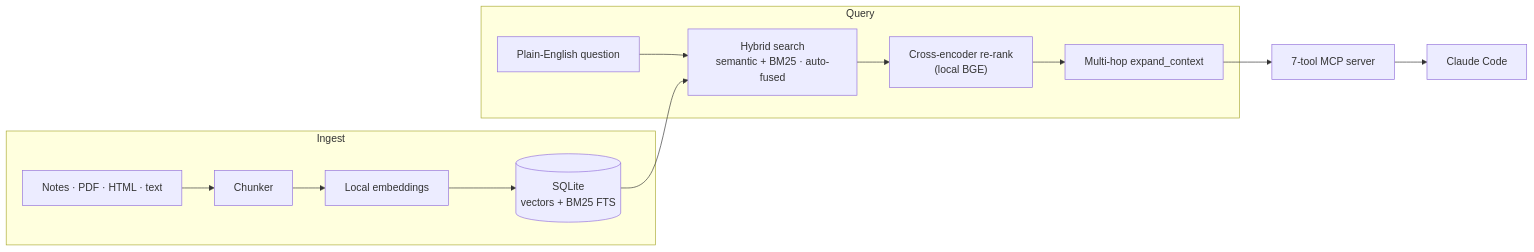
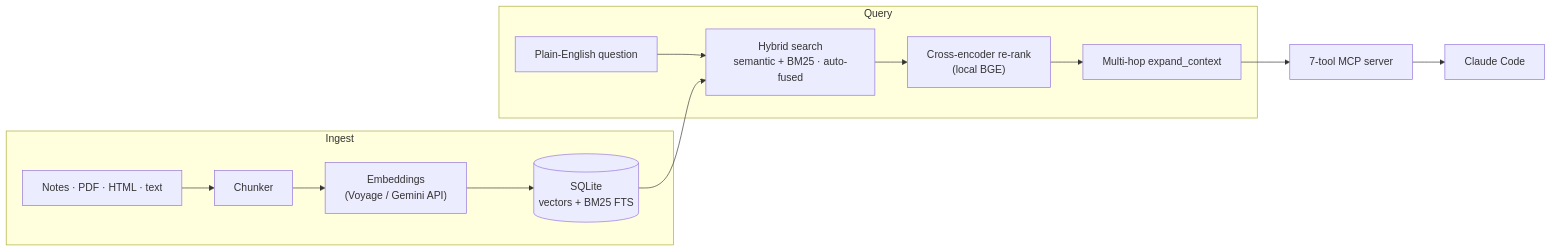
Before and after one commit to monahand1023/corpus: the diagram in README.md, drawn with Mermaid. The commit also changed other lines of this file, not shown here.

````diff
--- a/README.md
+++ b/README.md
@@ -11,16 +11,16 @@
 ```mermaid
 flowchart LR
     subgraph Ingest
       Src["Notes · PDF · HTML · text"] --> Ch["Chunker"]
-      Ch --> Emb["Local embeddings"]
+      Ch --> Emb["Embeddings<br/>(Voyage / Gemini API)"]
       Emb --> DB[("SQLite<br/>vectors + BM25 FTS")]
     end
     subgraph Query
       Q["Plain-English question"] --> Hy["Hybrid search<br/>semantic + BM25 · auto-fused"]
       DB --> Hy
       Hy --> RR["Cross-encoder re-rank<br/>(local BGE)"]
       RR --> Exp["Multi-hop expand_context"]
     end
     Exp --> MCP["7-tool MCP server"]
     MCP --> CC["Claude Code"]
 ```
````
